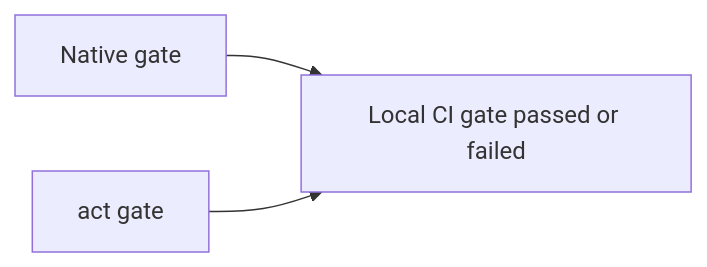
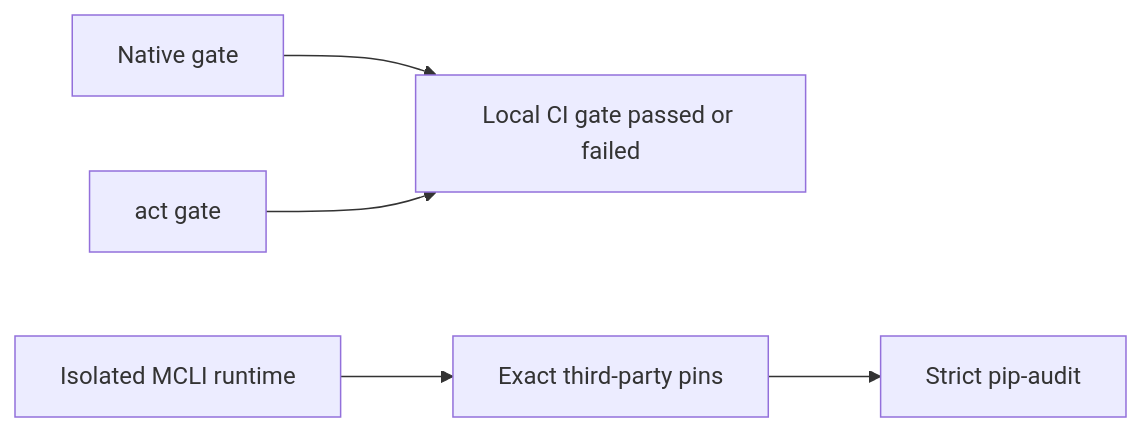
Before and after one commit to gwicho38/mcli: the second of 2 diagrams in docs/releases/8.0.71.md, drawn with Mermaid. The commit also changed other lines of this file and 7 other files, not shown here.

````diff
--- a/docs/releases/8.0.71.md
+++ b/docs/releases/8.0.71.md
@@ -18,5 +24,7 @@
 ```mermaid
 flowchart LR
     Native[Native gate] --> Footer[Local CI gate passed or failed]
     Act[act gate] --> Footer
+    Runtime[Isolated MCLI runtime] --> Pins[Exact third-party pins]
+    Pins --> Audit[Strict pip-audit]
 ```
````
